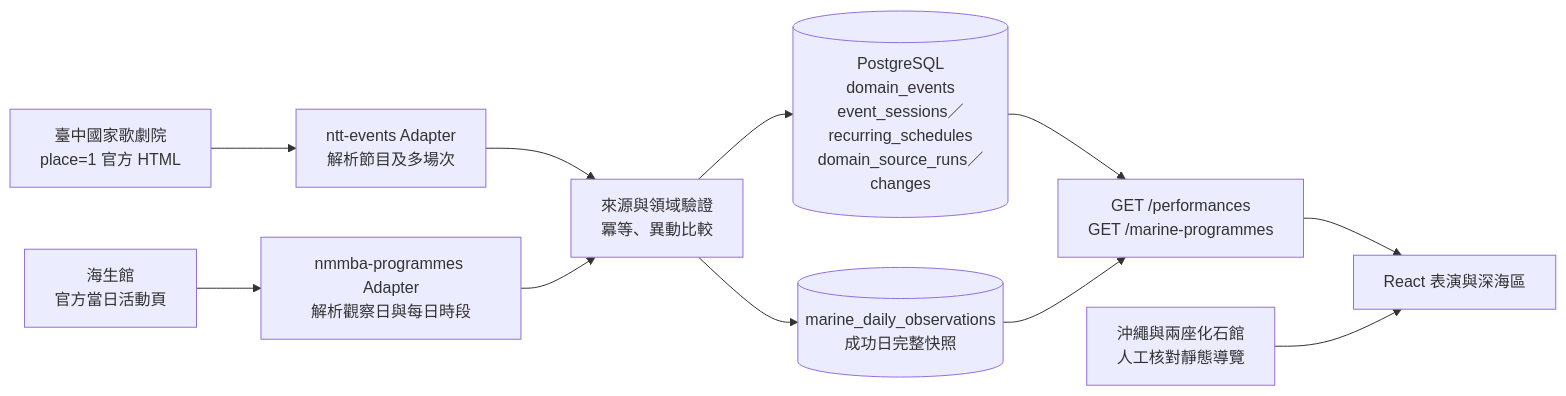
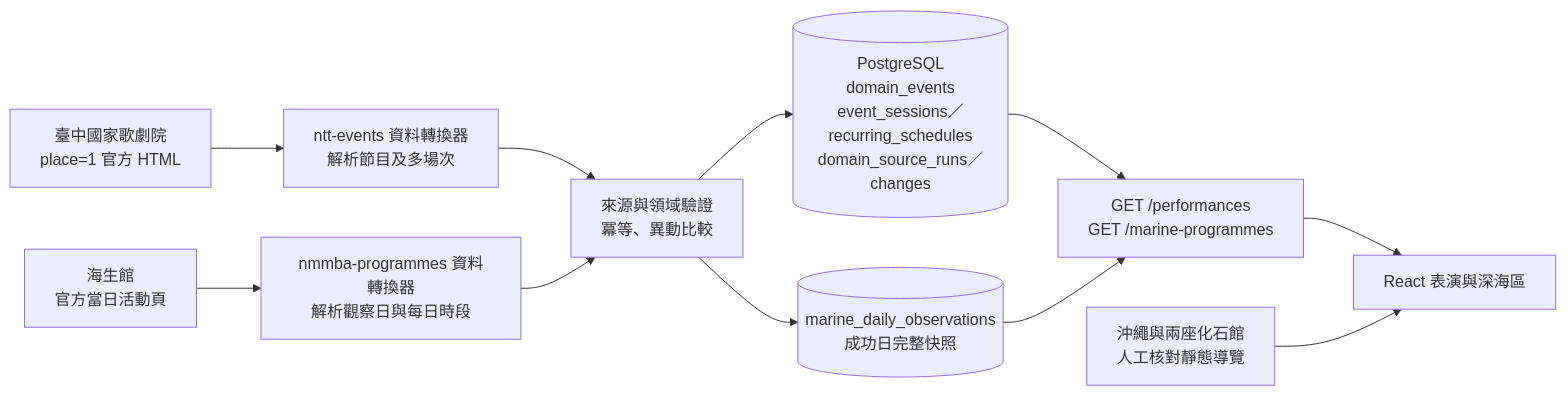
Before and after one commit to AndyLinStrongtyping/event-radar: the third of 3 diagrams in docs/architecture.md, drawn with Mermaid. The commit also changed other lines of this file and 4 other files, not shown here.

````diff
--- a/docs/architecture.md
+++ b/docs/architecture.md
@@ -75,13 +75,13 @@
 ```mermaid
 flowchart LR
-    N["臺中國家歌劇院<br/>place=1 官方 HTML"] --> A["ntt-events Adapter<br/>解析節目及多場次"]
-    M["海生館<br/>官方當日活動頁"] --> B["nmmba-programmes Adapter<br/>解析觀察日與每日時段"]
+    N["臺中國家歌劇院<br/>place=1 官方 HTML"] --> A["ntt-events 資料轉換器<br/>解析節目及多場次"]
+    M["海生館<br/>官方當日活動頁"] --> B["nmmba-programmes 資料轉換器<br/>解析觀察日與每日時段"]
     A --> V["來源與領域驗證<br/>冪等、異動比較"]
     B --> V
     V --> D[("PostgreSQL<br/>domain_events<br/>event_sessions／recurring_schedules<br/>domain_source_runs／changes")]
     V --> S[("marine_daily_observations<br/>成功日完整快照")]
     D --> P["GET /performances<br/>GET /marine-programmes"]
     S --> P
     P --> R["React 表演與深海區"]
     L["沖繩與兩座化石館<br/>人工核對靜態導覽"] --> R
 ```
````
